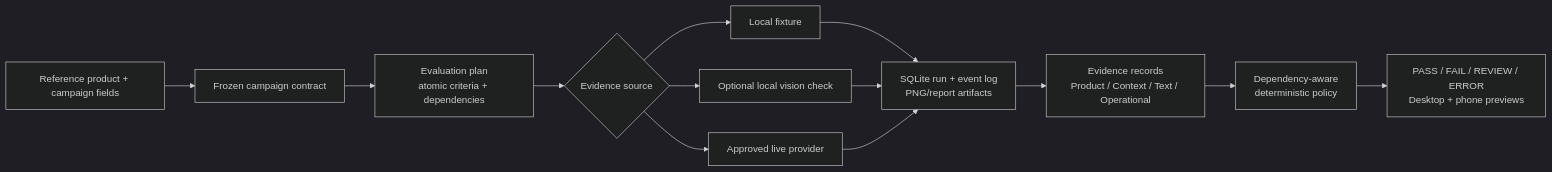
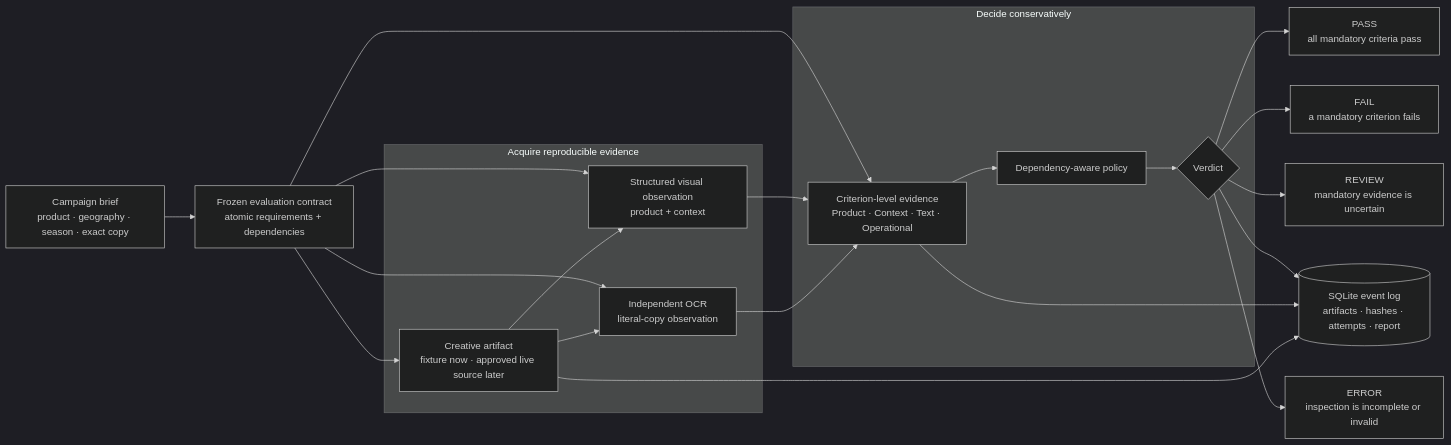
One commit to manas8127/proofad changed the first of 3 diagrams in README.md. Above: the diagram before and after it, drawn with Mermaid (dark theme). The commit also changed other lines of this file and 2 other files, not shown here.

Commit message:
docs: add evaluation architecture diagrams

````diff
--- a/README.md
+++ b/README.md
@@ -103,15 +103,38 @@
 ```mermaid
 flowchart LR
-    A[Reference product + campaign fields] --> B[Frozen campaign contract]
-    B --> C[Evaluation plan<br/>atomic criteria + dependencies]
-    C --> D{Evidence source}
-    D --> E[Local fixture]
-    D --> F[Optional local vision check]
-    D --> G[Approved live provider]
-    E --> H[SQLite run + event log<br/>PNG/report artifacts]
-    F --> H
-    G --> H
-    H --> I[Evidence records<br/>Product / Context / Text / Operational]
-    I --> J[Dependency-aware<br/>deterministic policy]
-    J --> K[PASS / FAIL / REVIEW / ERROR<br/>Desktop + phone previews]
+    Brief[Campaign brief<br/>product · geography · season · exact copy]
+    Contract[Frozen evaluation contract<br/>atomic requirements + dependencies]
+    Brief --> Contract
+
+    subgraph Acquire["Acquire reproducible evidence"]
+      Asset[Creative artifact<br/>fixture now · approved live source later]
+      OCR[Independent OCR<br/>literal-copy observation]
+      Vision[Structured visual observation<br/>product + context]
+      Asset --> OCR
+      Asset --> Vision
+    end
+
+    Contract --> Asset
+    Contract --> OCR
+    Contract --> Vision
+
+    subgraph Decide["Decide conservatively"]
+      Findings[Criterion-level evidence<br/>Product · Context · Text · Operational]
+      Policy[Dependency-aware policy]
+      Verdict{Verdict}
+      Findings --> Policy --> Verdict
+    end
+
+    OCR --> Findings
+    Vision --> Findings
+    Contract --> Findings
+    Verdict --> Pass[PASS<br/>all mandatory criteria pass]
+    Verdict --> Fail[FAIL<br/>a mandatory criterion fails]
+    Verdict --> Review[REVIEW<br/>mandatory evidence is uncertain]
+    Verdict --> Error[ERROR<br/>inspection is incomplete or invalid]
+
+    Audit[(SQLite event log<br/>artifacts · hashes · attempts · report)]
+    Asset --> Audit
+    Findings --> Audit
+    Verdict --> Audit
 ```
````
